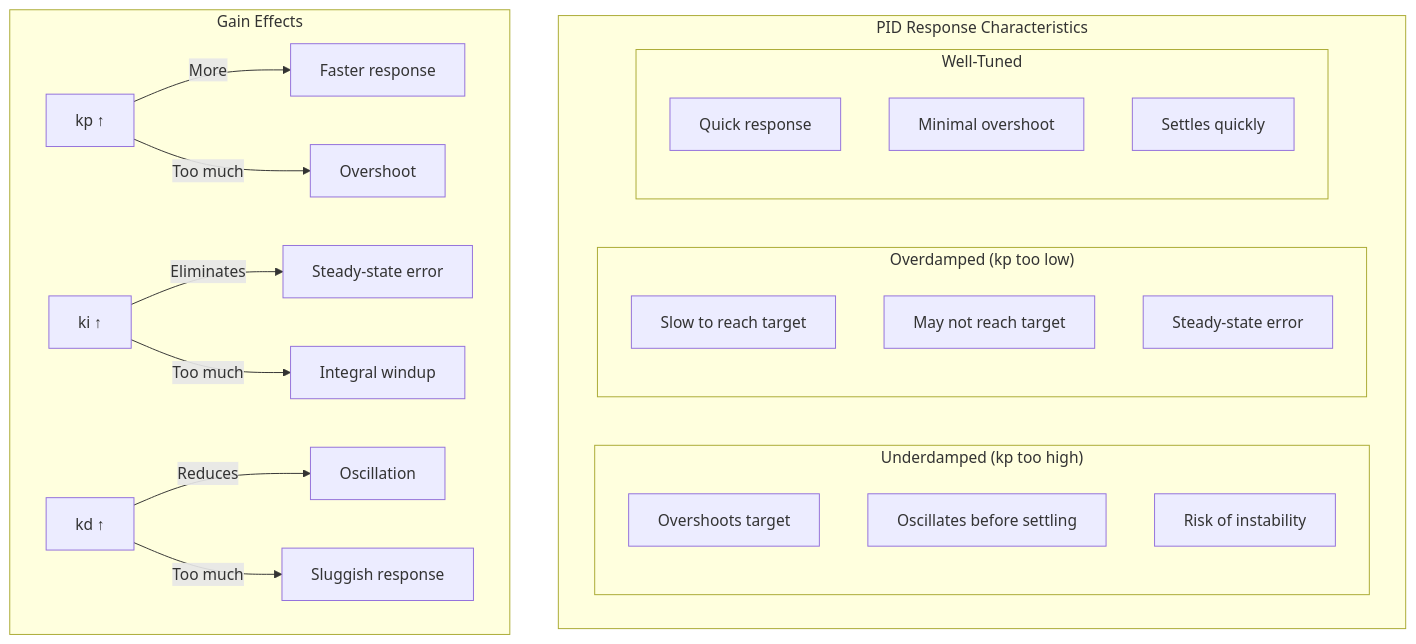
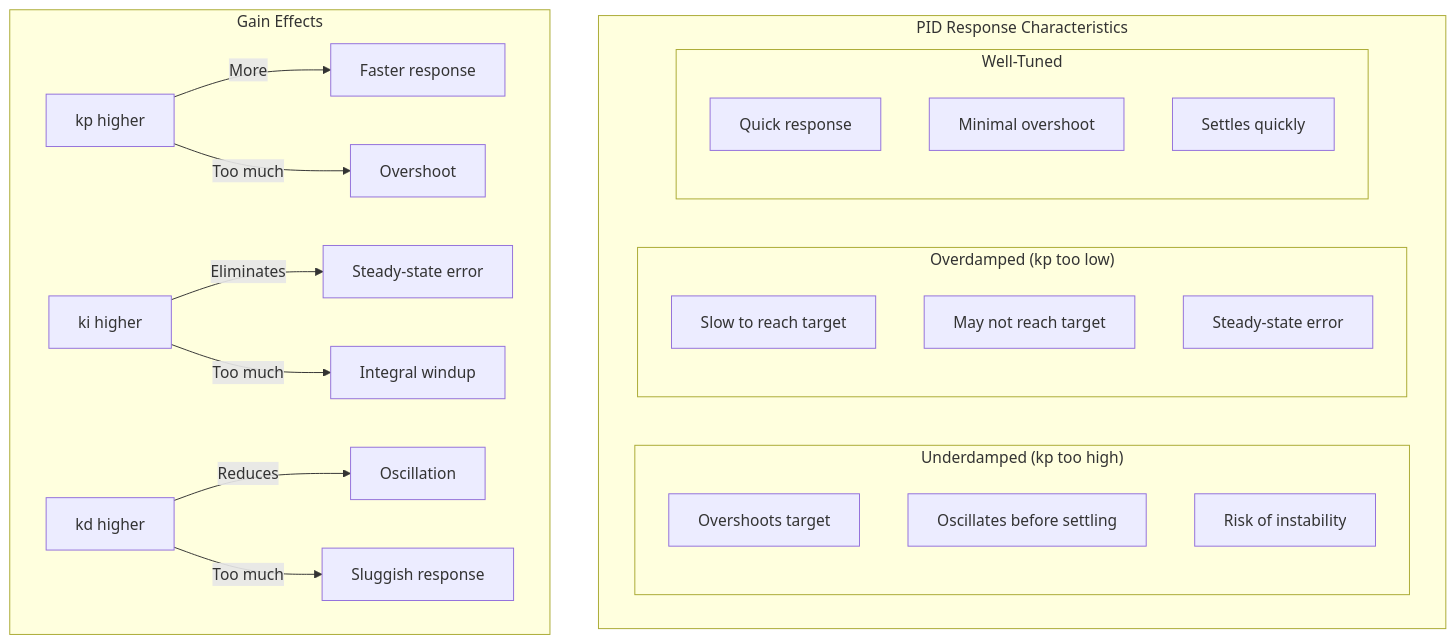
One commit to fh1m/duburi-codebase changed diagram 14 of 22 in README.md. Above: the diagram before and after it, drawn with Mermaid. The commit also changed other lines of this file and 14 other files, not shown here.

First line of the commit message:
style: Remove emojis, convert PWM diagram to mermaid

````diff
--- a/README.md
+++ b/README.md
@@ -932,33 +937,33 @@
 ```mermaid
 flowchart TD
     subgraph Response["PID Response Characteristics"]
         direction LR
         
         subgraph Underdamped["Underdamped (kp too high)"]
             U1[Overshoots target]
             U2[Oscillates before settling]
             U3[Risk of instability]
         end
         
         subgraph Overdamped["Overdamped (kp too low)"]
             O1[Slow to reach target]
             O2[May not reach target]
             O3[Steady-state error]
         end
         
         subgraph Optimal["Well-Tuned"]
             W1[Quick response]
             W2[Minimal overshoot]
             W3[Settles quickly]
         end
     end
     
     subgraph Gains["Gain Effects"]
-        KP[kp ↑] --> |More| Faster[Faster response]
-        KP --> |Too much| Overshoot[Overshoot]
-        KI[ki ↑] --> |Eliminates| Error[Steady-state error]
-        KI --> |Too much| Wind[Integral windup]
-        KD[kd ↑] --> |Reduces| Osc[Oscillation]
-        KD --> |Too much| Slow[Sluggish response]
+        KP[kp higher] -->|More| Faster[Faster response]
+        KP -->|Too much| Overshoot[Overshoot]
+        KI[ki higher] -->|Eliminates| Error[Steady-state error]
+        KI -->|Too much| Wind[Integral windup]
+        KD[kd higher] -->|Reduces| Osc[Oscillation]
+        KD -->|Too much| Slow[Sluggish response]
     end
 ```
````
